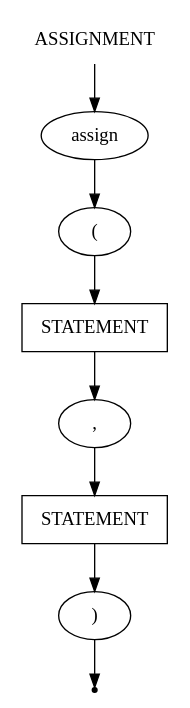
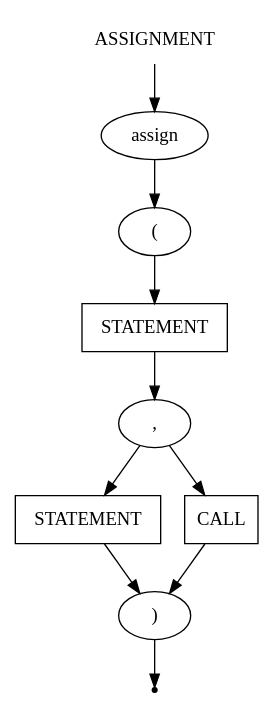
Before and after one commit to IMZolin/PSAD: the diagram in src/PSADParser/grammar/assignment.gv, drawn with Graphviz. The commit also changed 10 other files, not shown here.

```diff
--- a/src/PSADParser/grammar/assignment.gv
+++ b/src/PSADParser/grammar/assignment.gv
@@ -1,18 +1,21 @@
 digraph ASSIGNMENT {
     start [label=ASSIGNMENT shape=plaintext]
     assign [label=assign shape=oval]
     open [label="(" shape=oval]
     statement_left [label=STATEMENT shape=box]
     comma [label="," shape=oval]
     statement_right [label=STATEMENT shape=box]
+    call_right [label=CALL shape=box]
     close [label=")" shape=oval]
     end [label="" shape=point]
 
     start -> assign
     assign -> open
     open -> statement_left
     statement_left -> comma
     comma -> statement_right
+    comma -> call_right
     statement_right -> close
+    call_right -> close
     close -> end
 }
```
